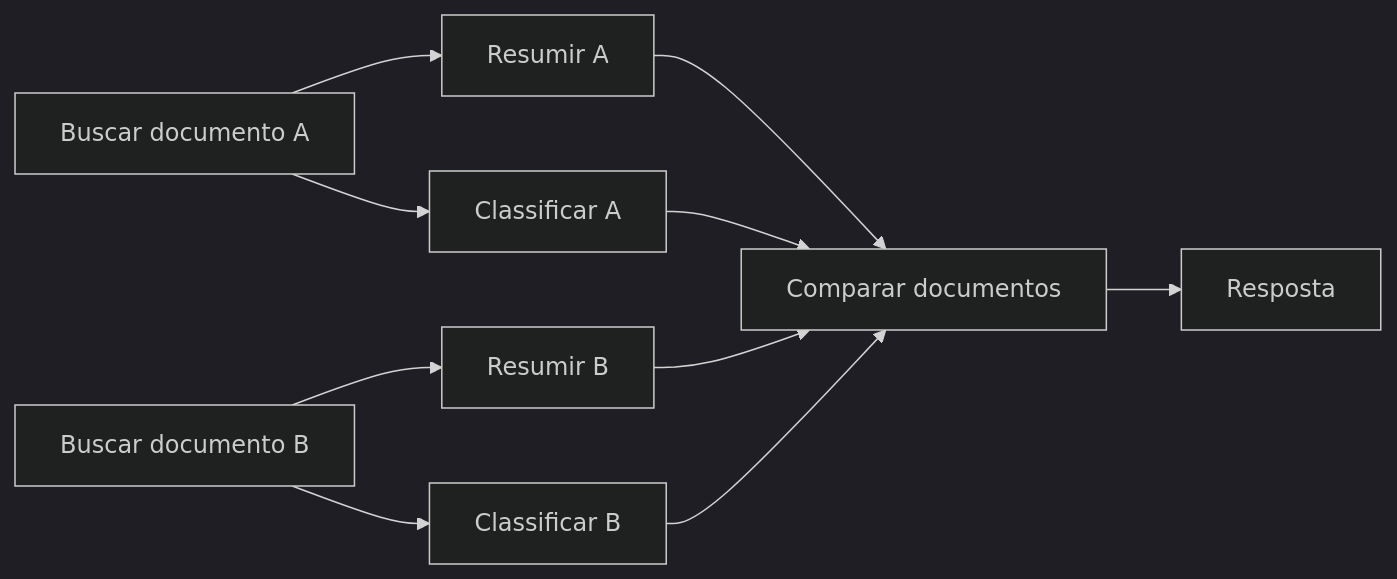
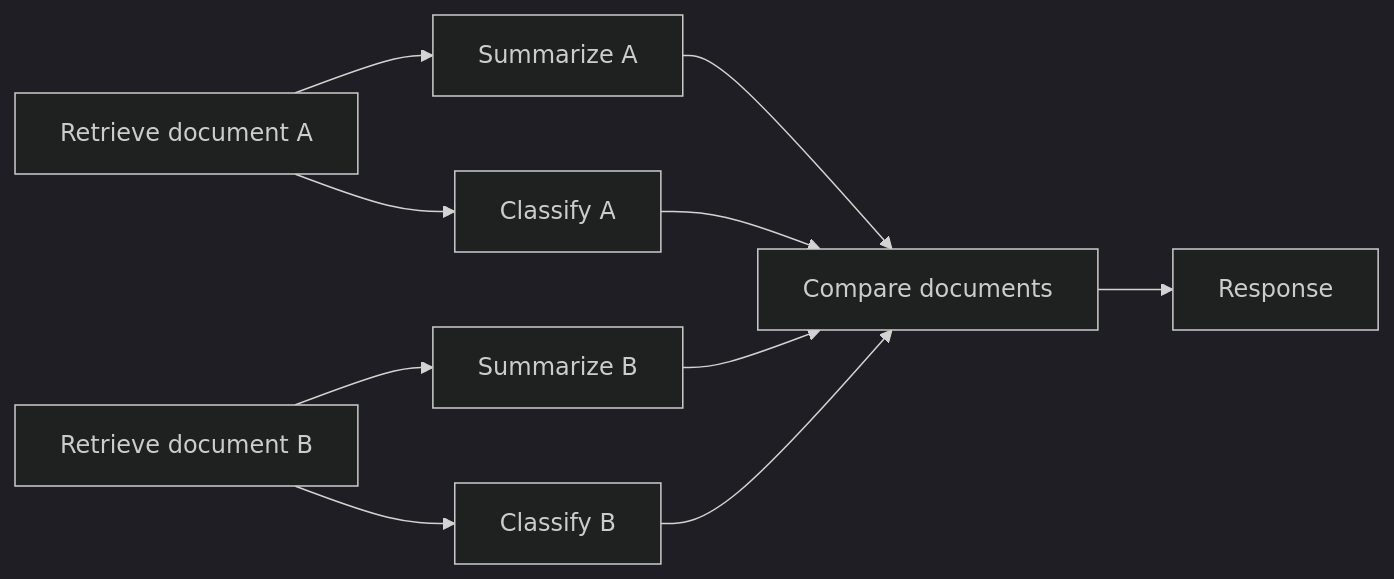
The second of 10 diagrams in README.md (joaomadruga/AgentCompiler), drawn with Mermaid (dark theme) before and after one commit. The commit also changed other lines of this file and 4 other files, not shown here.

````diff
--- a/README.md
+++ b/README.md
@@ -34,12 +34,12 @@
 ```mermaid
 flowchart LR
-    A[Buscar documento A] --> B[Resumir A]
-    A --> C[Classificar A]
-    D[Buscar documento B] --> E[Resumir B]
-    D --> F[Classificar B]
-    B --> G[Comparar documentos]
+    A[Retrieve document A] --> B[Summarize A]
+    A --> C[Classify A]
+    D[Retrieve document B] --> E[Summarize B]
+    D --> F[Classify B]
+    B --> G[Compare documents]
     C --> G
     E --> G
     F --> G
-    G --> H[Resposta]
+    G --> H[Response]
 ```
````
